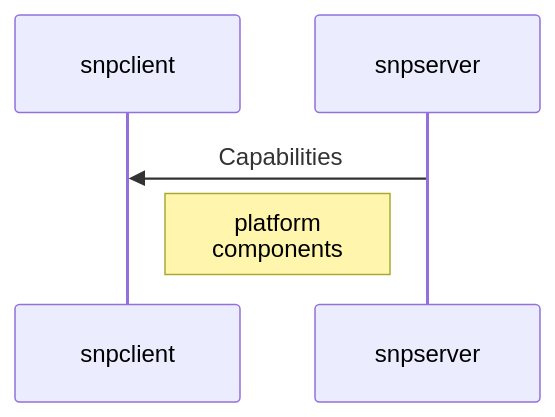
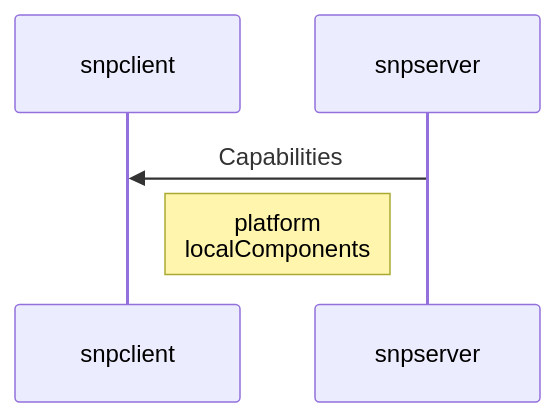
The third of 6 diagrams in README.md (martin19/snpserver), drawn with Mermaid before and after one commit. The commit also changed other lines of this file and 15 other files, not shown here.

````diff
--- a/README.md
+++ b/README.md
@@ -98,7 +98,7 @@
 ```mermaid
 sequenceDiagram    
     participant snpclient
     participant snpserver    
     snpserver->>snpclient: Capabilities 
-    Note right of snpclient: platform <br> components                     
+    Note right of snpclient: platform <br> localComponents                     
 ```
````
